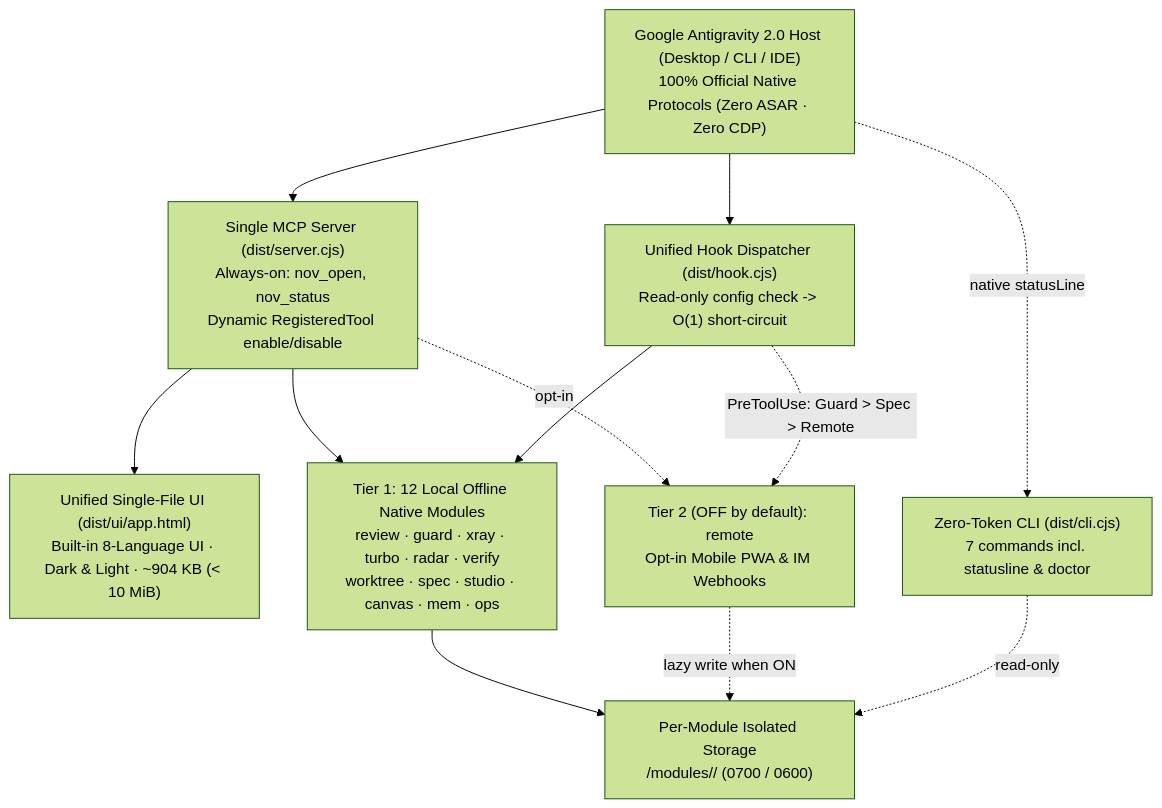
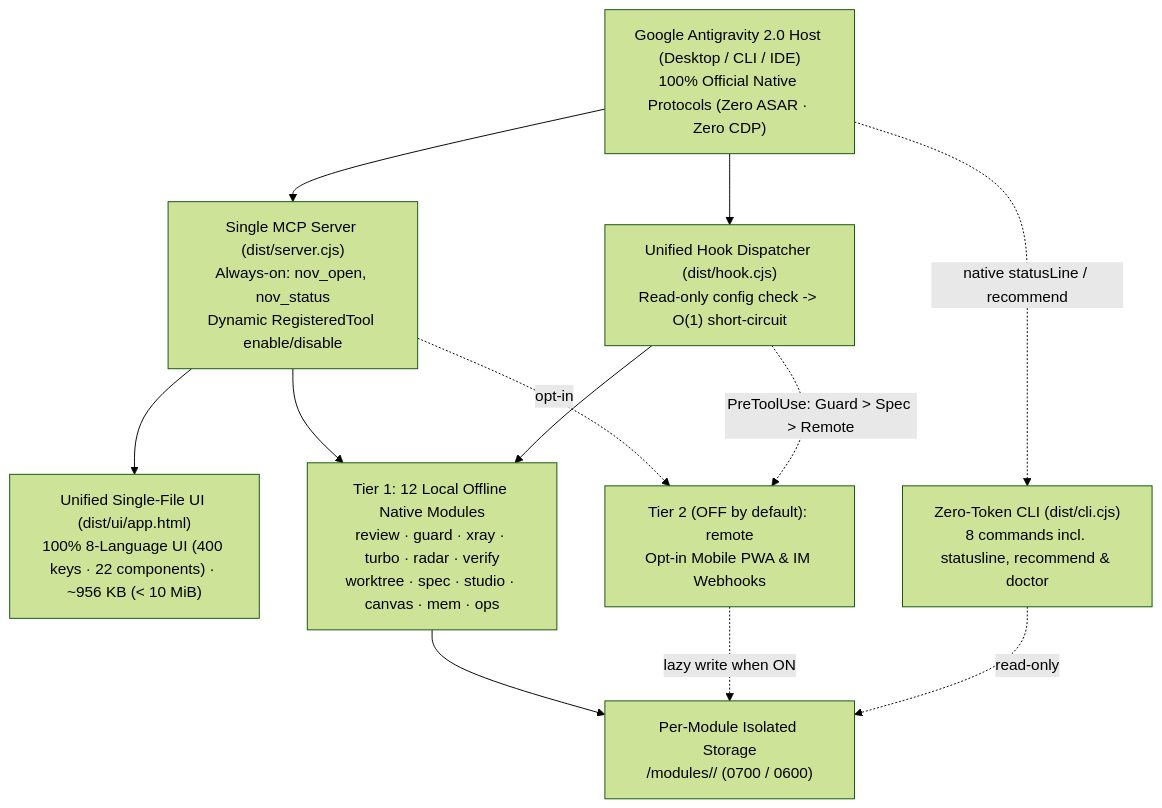
Before and after one commit to tone-leh/agy-NOV: the diagram in README.md, drawn with Mermaid (forest theme). The commit also changed other lines of this file and 74 other files, not shown here.

````diff
--- a/README.md
+++ b/README.md
@@ -194,23 +219,23 @@
 ```mermaid
 flowchart TB
   Host["Google Antigravity 2.0 Host (Desktop / CLI / IDE)\n100% Official Native Protocols (Zero ASAR · Zero CDP)"]
   MCP["Single MCP Server (dist/server.cjs)\nAlways-on: nov_open, nov_status\nDynamic RegisteredTool enable/disable"]
-  UI["Unified Single-File UI (dist/ui/app.html)\nBuilt-in 8-Language UI · Dark & Light · ~904 KB (< 10 MiB)"]
+  UI["Unified Single-File UI (dist/ui/app.html)\n100% 8-Language UI (400 keys · 22 components) · ~956 KB (< 10 MiB)"]
   Hook["Unified Hook Dispatcher (dist/hook.cjs)\nRead-only config check -> O(1) short-circuit"]
-  CLI["Zero-Token CLI (dist/cli.cjs)\n7 commands incl. statusline & doctor"]
+  CLI["Zero-Token CLI (dist/cli.cjs)\n8 commands incl. statusline, recommend & doctor"]
   Store["Per-Module Isolated Storage\n<dataDir>/modules/<id>/ (0700 / 0600)"]
   T1["Tier 1: 12 Local Offline Native Modules\nreview · guard · xray · turbo · radar · verify\nworktree · spec · studio · canvas · mem · ops"]
   T2R["Tier 2 (OFF by default): remote\nOpt-in Mobile PWA & IM Webhooks"]
 
   Host --> MCP
   Host --> Hook
-  Host -. "native statusLine" .-> CLI
+  Host -. "native statusLine / recommend" .-> CLI
   MCP --> UI
   MCP --> T1
   MCP -. "opt-in" .-> T2R
   Hook --> T1
   Hook -. "PreToolUse: Guard > Spec > Remote" .-> T2R
   T1 --> Store
   T2R -. "lazy write when ON" .-> Store
   CLI -. "read-only" .-> Store
 ```
````
